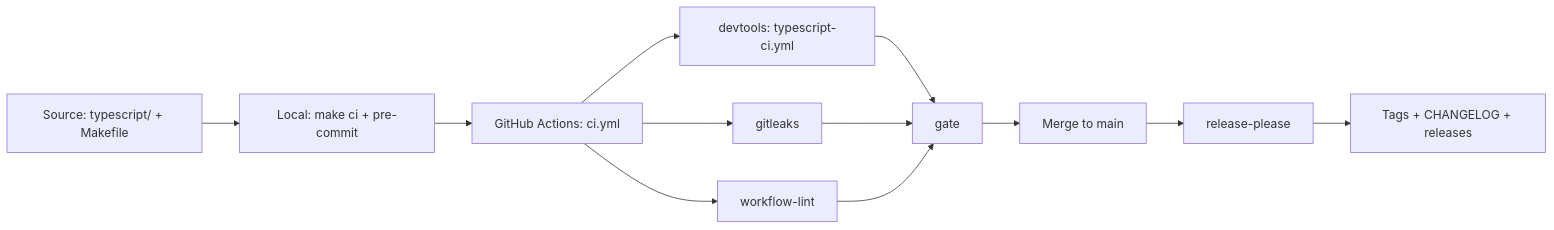
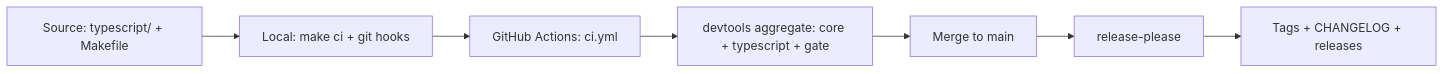
One commit to ostara-labs/bb-league changed the diagram in docs/architecture/ARCHITECTURE.md. Above: the diagram before and after it, drawn with Mermaid. The commit also changed other lines of this file and 4 other files, not shown here.

First line of the commit message:
docs: align local docs with the devtools hooks model

````diff
--- a/docs/architecture/ARCHITECTURE.md
+++ b/docs/architecture/ARCHITECTURE.md
@@ -30,14 +30,9 @@
 ```mermaid
 flowchart LR
-    A[Source: typescript/ + Makefile] --> B[Local: make ci + pre-commit]
+    A[Source: typescript/ + Makefile] --> B[Local: make ci + git hooks]
     B --> C[GitHub Actions: ci.yml]
-    C --> D[devtools: typescript-ci.yml]
-    C --> E[gitleaks]
-    C --> F[workflow-lint]
-    D --> G[gate]
-    E --> G
-    F --> G
-    G --> H[Merge to main]
+    C --> D[devtools aggregate: core + typescript + gate]
+    D --> H[Merge to main]
     H --> I[release-please]
     I --> J[Tags + CHANGELOG + releases]
 ```
````
